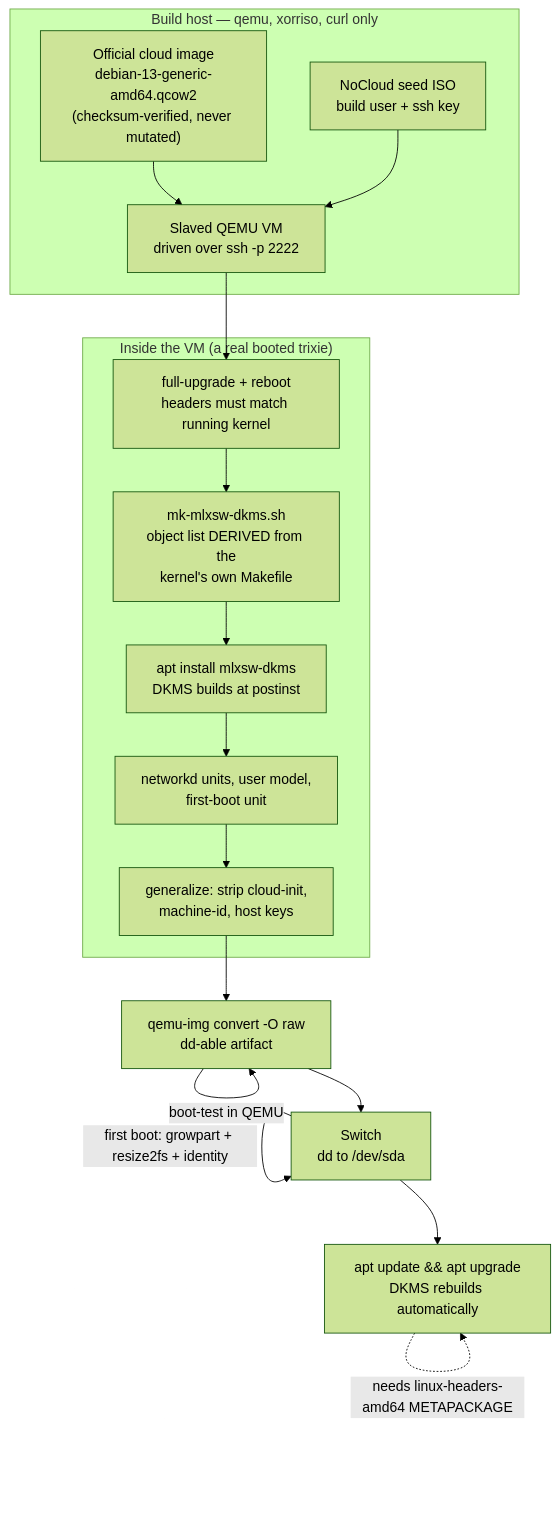
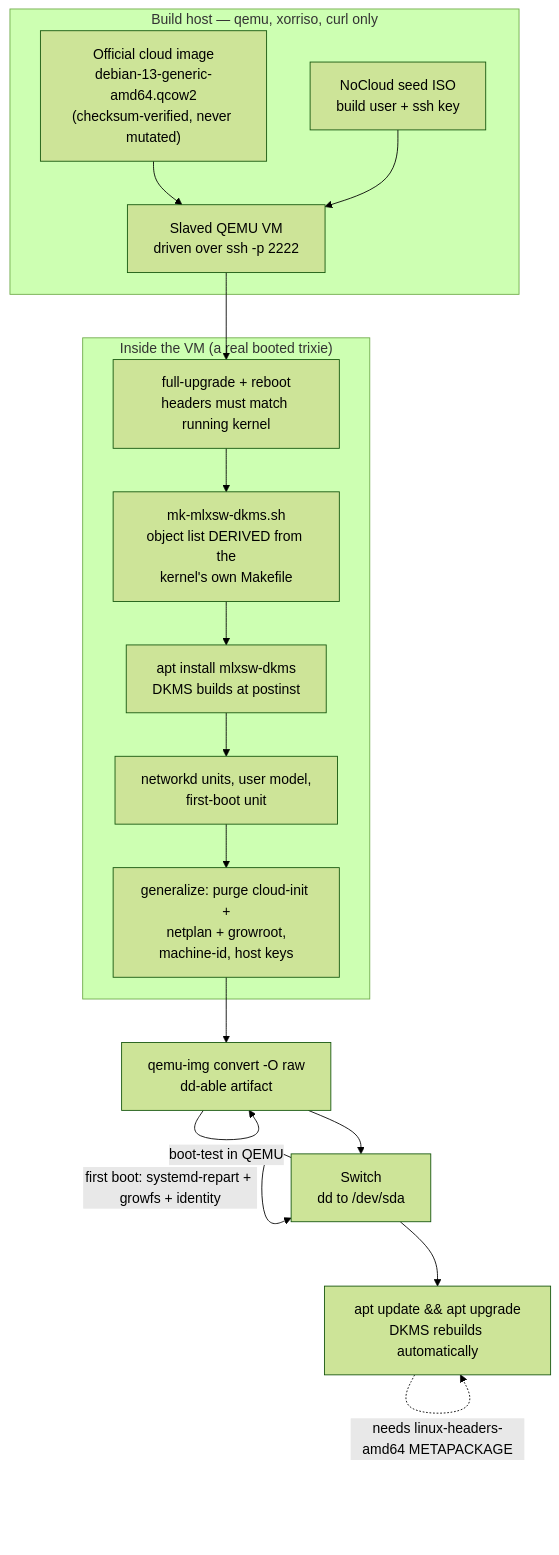
One commit to suykerbuyk/mlnx-sw-os changed the first of 2 diagrams in docs/architecture.md. Above: the diagram before and after it, drawn with Mermaid (forest theme). The commit also changed other lines of this file, not shown here.

````diff
--- a/docs/architecture.md
+++ b/docs/architecture.md
@@ -327,29 +510,29 @@
 ```mermaid
 flowchart TD
     subgraph host["Build host — qemu, xorriso, curl only"]
         base["Official cloud image<br/>debian-13-generic-amd64.qcow2<br/>(checksum-verified, never mutated)"]
         seed["NoCloud seed ISO<br/>build user + ssh key"]
         vm["Slaved QEMU VM<br/>driven over ssh -p 2222"]
     end
 
     subgraph guest["Inside the VM (a real booted trixie)"]
         up["full-upgrade + reboot<br/>headers must match running kernel"]
         gen["mk-mlxsw-dkms.sh<br/>object list DERIVED from the<br/>kernel's own Makefile"]
         inst["apt install mlxsw-dkms<br/>DKMS builds at postinst"]
         cfg["networkd units, user model,<br/>first-boot unit"]
-        clean["generalize: strip cloud-init,<br/>machine-id, host keys"]
+        clean["generalize: purge cloud-init +<br/>netplan + growroot,<br/>machine-id, host keys"]
     end
 
     art["qemu-img convert -O raw<br/>dd-able artifact"]
     switch["Switch<br/>dd to /dev/sda"]
     upgrade["apt update && apt upgrade<br/>DKMS rebuilds automatically"]
 
     base --> vm
     seed --> vm
     vm --> up --> gen --> inst --> cfg --> clean --> art
     art -->|"boot-test in QEMU"| art
     art --> switch
-    switch -->|"first boot: growpart + resize2fs + identity"| switch
+    switch -->|"first boot: systemd-repart + growfs + identity"| switch
     switch --> upgrade
     upgrade -.->|"needs linux-headers-amd64 METAPACKAGE"| upgrade
 ```
````
